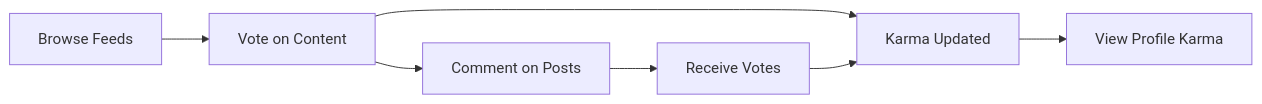
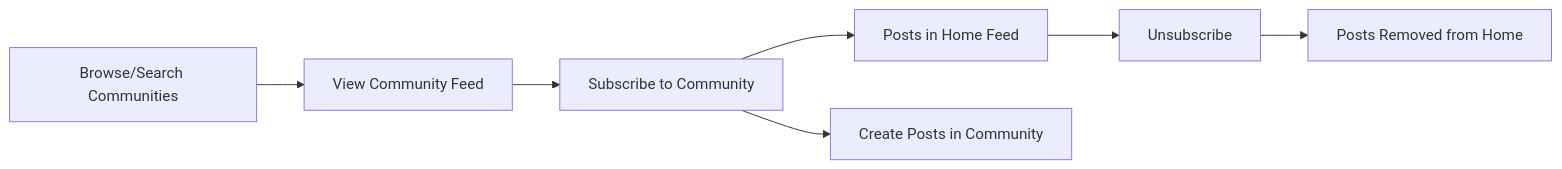
One commit to wrtnlabs/autobe-examples changed the second of 4 diagrams in qwen/qwen3.5-397b-a17b/reddit/docs/analysis/03-functional-requirements.md. Above: the diagram before and after it, drawn with Mermaid. The commit also changed other lines of this file and 32093 other files, not shown here.

````diff
--- a/qwen/qwen3.5-397b-a17b/reddit/docs/analysis/03-functional-requirements.md
+++ b/qwen/qwen3.5-397b-a17b/reddit/docs/analysis/03-functional-requirements.md
@@ -606,9 +703,9 @@
 ```mermaid
 flowchart LR
-    A["Browse Feeds"] --> B["Vote on Content"]
-    B --> C["Karma Updated"]
-    B --> D["Comment on Posts"]
-    D --> E["Receive Votes"]
-    E --> C
-    C --> F["View Profile Karma"]
+    A["Browse/Search Communities"] --> B["View Community Feed"]
+    B --> C["Subscribe to Community"]
+    C --> D["Posts in Home Feed"]
+    D --> E["Unsubscribe"]
+    E --> F["Posts Removed from Home"]
+    C --> G["Create Posts in Community"]
 ```
````
